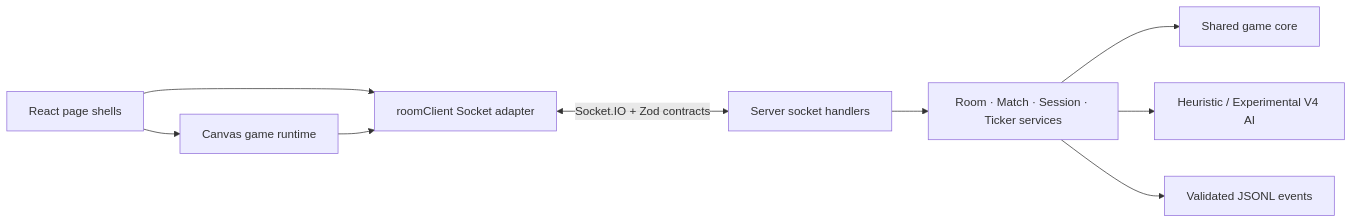
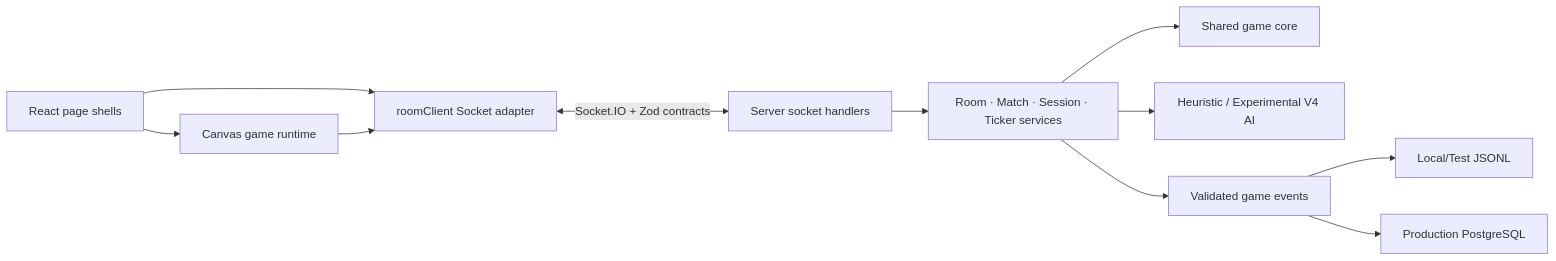
The diagram in README.md (Sleepingco/Tetris_multi), drawn with Mermaid before and after one commit. The commit also changed other lines of this file, not shown here.

````diff
--- a/README.md
+++ b/README.md
@@ -26,11 +36,13 @@
 ```mermaid
 flowchart LR
     Page["React page shells"] --> Runtime["Canvas game runtime"]
     Page --> Client["roomClient Socket adapter"]
     Runtime --> Client
     Client <-->|"Socket.IO + Zod contracts"| Socket["Server socket handlers"]
     Socket --> Services["Room · Match · Session · Ticker services"]
     Services --> Core["Shared game core"]
     Services --> AI["Heuristic / Experimental V4 AI"]
-    Services --> Logs["Validated JSONL events"]
+    Services --> Logs["Validated game events"]
+    Logs --> Local["Local/Test JSONL"]
+    Logs --> Production["Production PostgreSQL"]
 ```
````
